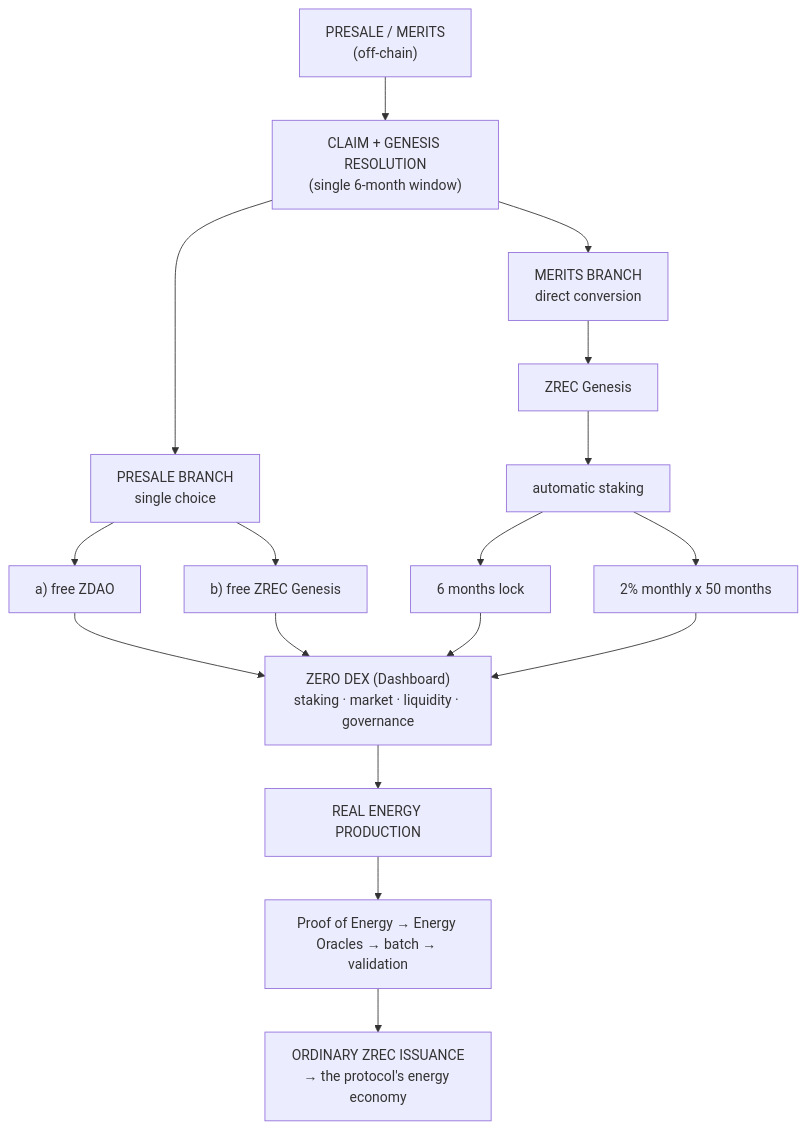
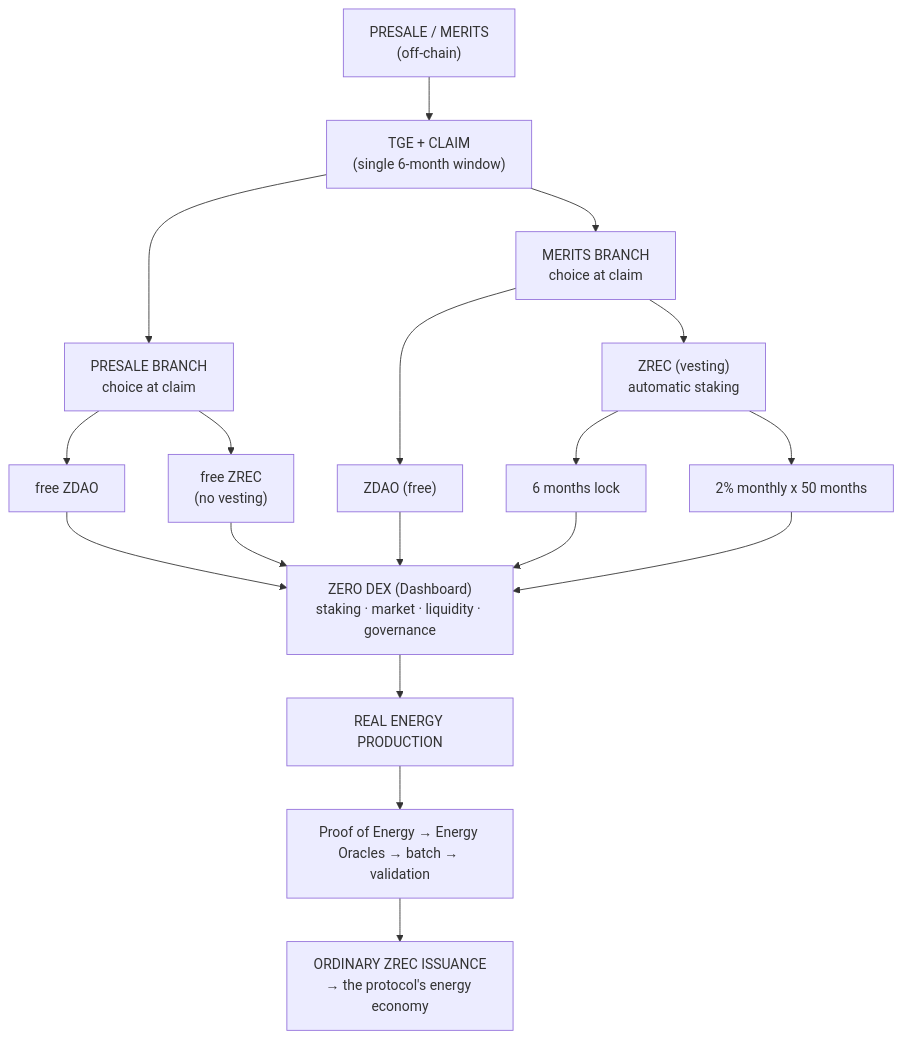
One commit to blockvault-ai/zero-energy changed the fourth of 4 diagrams in docs/business-logic/01-general-architecture.md. Above: the diagram before and after it, drawn with Mermaid. The commit also changed other lines of this file and 18 other files, not shown here.

````diff
--- a/docs/business-logic/01-general-architecture.md
+++ b/docs/business-logic/01-general-architecture.md
@@ -68,30 +68,33 @@
 ```mermaid
 flowchart TD
     A["PRESALE / MERITS<br/>(off-chain)"]
-    B["CLAIM + GENESIS RESOLUTION<br/>(single 6-month window)"]
-    P["PRESALE BRANCH<br/>single choice"]
-    P1["a) free ZDAO"]
-    P2["b) free ZREC Genesis"]
-    M["MERITS BRANCH<br/>direct conversion"]
-    M1[ZREC Genesis]
-    M2[automatic staking]
+    B["TGE + CLAIM<br/>(single 6-month window)"]
+    P["PRESALE BRANCH<br/>choice at claim"]
+    P1["free ZDAO"]
+    P2["free ZREC<br/>(no vesting)"]
+    M["MERITS BRANCH<br/>choice at claim"]
+    M1["ZDAO (free)"]
+    M2["ZREC (vesting)<br/>automatic staking"]
     M3[6 months lock]
     M4[2% monthly x 50 months]
     D["ZERO DEX (Dashboard)<br/>staking · market · liquidity · governance"]
     R[REAL ENERGY PRODUCTION]
     V["Proof of Energy → Energy Oracles → batch → validation"]
     O["ORDINARY ZREC ISSUANCE<br/>→ the protocol's energy economy"]
 
     A --> B
     B --> P
     B --> M
     P --> P1
     P --> P2
-    M --> M1 --> M2 --> M3
+    M --> M1
+    M --> M2
+    M2 --> M3
     M2 --> M4
     P1 --> D
     P2 --> D
+    M1 --> D
     M3 --> D
     M4 --> D
     D --> R --> V --> O
 ```
````
